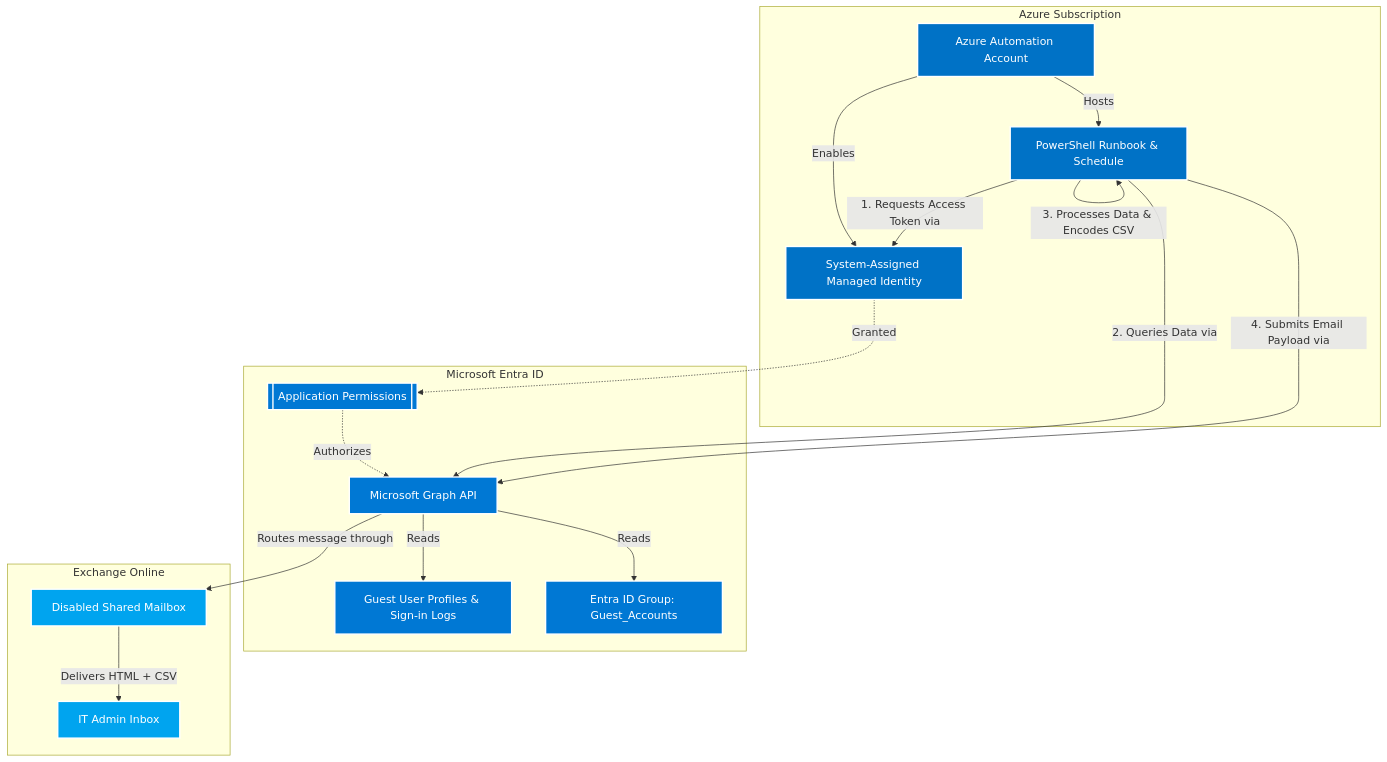
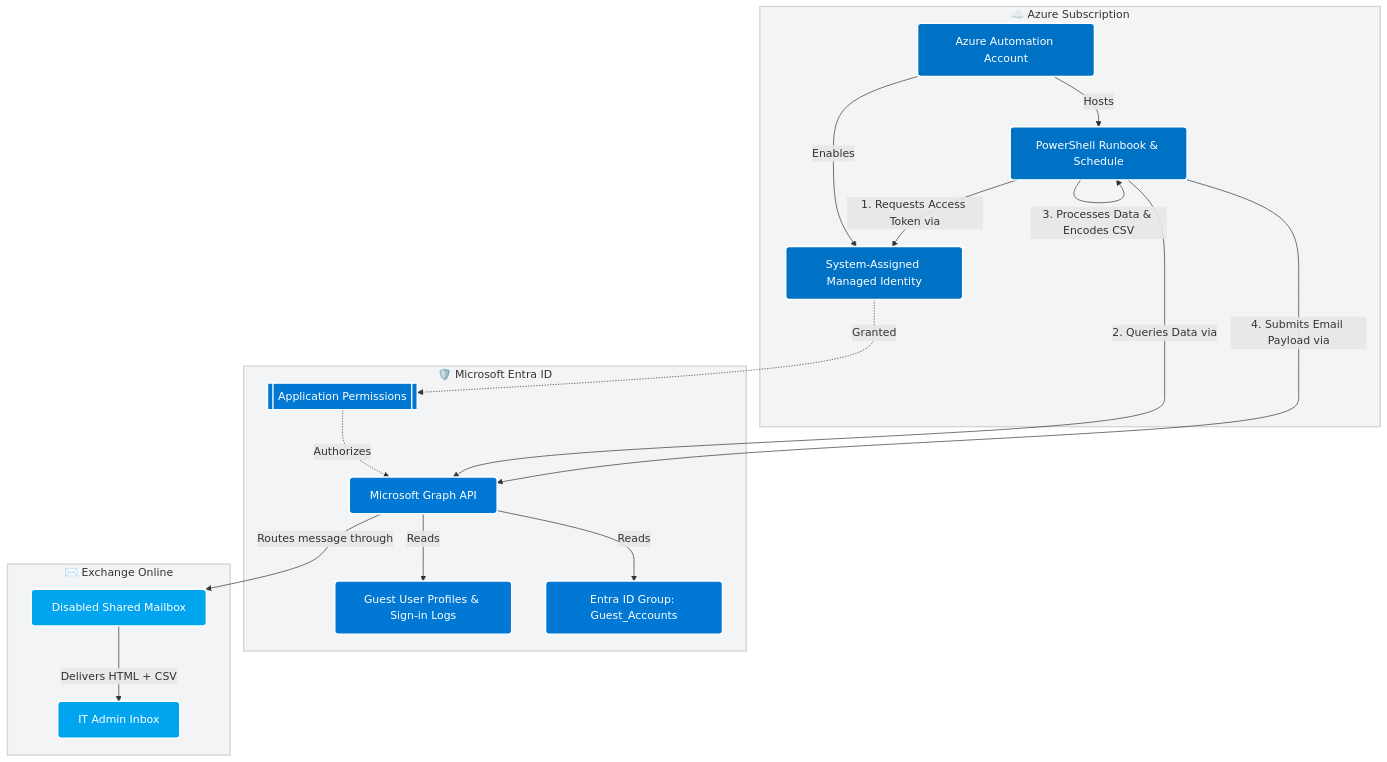
One commit to AzureBrother/AzureBrother.github.io changed the diagram in entra-guest-inactivity-report.md. Above: the diagram before and after it, drawn with Mermaid. The commit also changed other lines of this file, not shown here.

````diff
--- a/entra-guest-inactivity-report.md
+++ b/entra-guest-inactivity-report.md
@@ -9,40 +9,46 @@
-<pre class="mermaid">
+```mermaid
 graph TD
-    classDef azure fill:#0072C6,stroke:#fff,stroke-width:2px,color:#fff;
-    classDef entra fill:#0078D4,stroke:#fff,stroke-width:2px,color:#fff;
-    classDef exchange fill:#00A4EF,stroke:#fff,stroke-width:2px,color:#fff;
+    %% Custom Styles
+    classDef azure fill:#0072C6,stroke:#fff,stroke-width:2px,color:#fff,rx:5px,ry:5px;
+    classDef entra fill:#0078D4,stroke:#fff,stroke-width:2px,color:#fff,rx:5px,ry:5px;
+    classDef exchange fill:#00A4EF,stroke:#fff,stroke-width:2px,color:#fff,rx:5px,ry:5px;
+    classDef subGraphStyle fill:#f2f4f5,stroke:#d1d6d8,stroke-width:2px,color:#333;
 
-    subgraph Azure Subscription
+    subgraph Azure ["☁️ Azure Subscription"]
         AA[Azure Automation Account]:::azure
         MI[System-Assigned Managed Identity]:::azure
         RB[PowerShell Runbook & Schedule]:::azure
     end
 
-    subgraph Microsoft Entra ID
+    subgraph Entra ["🛡️ Microsoft Entra ID"]
+        Perms[[Application Permissions]]:::entra
         Graph[Microsoft Graph API]:::entra
         Guests[Guest User Profiles & Sign-in Logs]:::entra
         Group[Entra ID Group: Guest_Accounts]:::entra
-        Perms[[Application Permissions]]:::entra
     end
 
-    subgraph Exchange Online
+    subgraph Exchange ["✉️ Exchange Online"]
         Mailbox[Disabled Shared Mailbox]:::exchange
         Recipient[IT Admin Inbox]:::exchange
     end
 
+    %% Relationships and Data Flow
     AA -->|Hosts| RB
     AA -->|Enables| MI
     MI -.->|Granted| Perms
     Perms -.->|Authorizes| Graph
     
     RB -->|1. Requests Access Token via| MI
     RB -->|2. Queries Data via| Graph
     Graph -->|Reads| Guests
     Graph -->|Reads| Group
     
     RB -->|3. Processes Data & Encodes CSV| RB
     
     RB -->|4. Submits Email Payload via| Graph
     Graph -->|Routes message through| Mailbox
     Mailbox -->|Delivers HTML + CSV| Recipient
-</pre>
+
+    %% Apply grey background styling to the containers
+    class Azure,Entra,Exchange subGraphStyle;
+```
````
